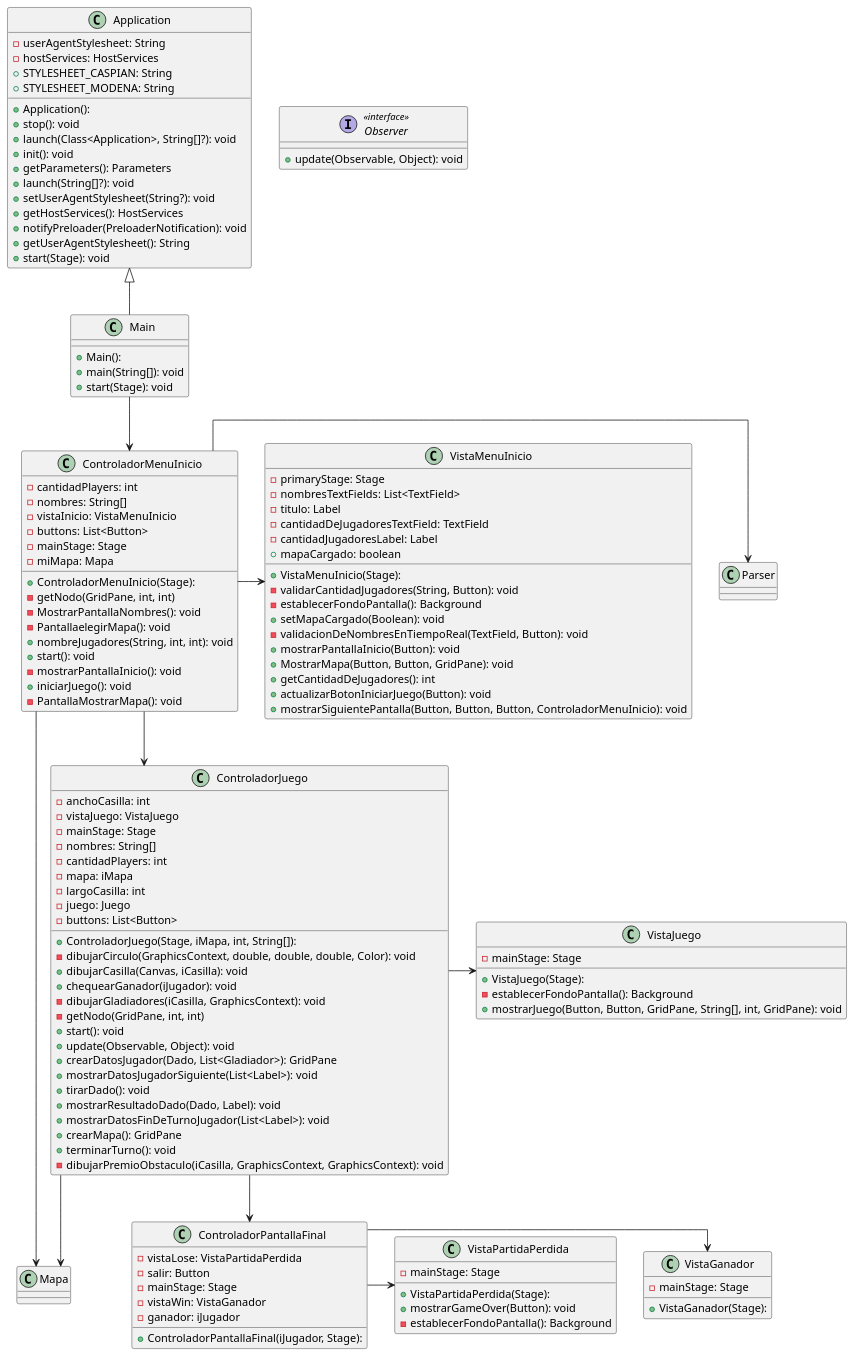
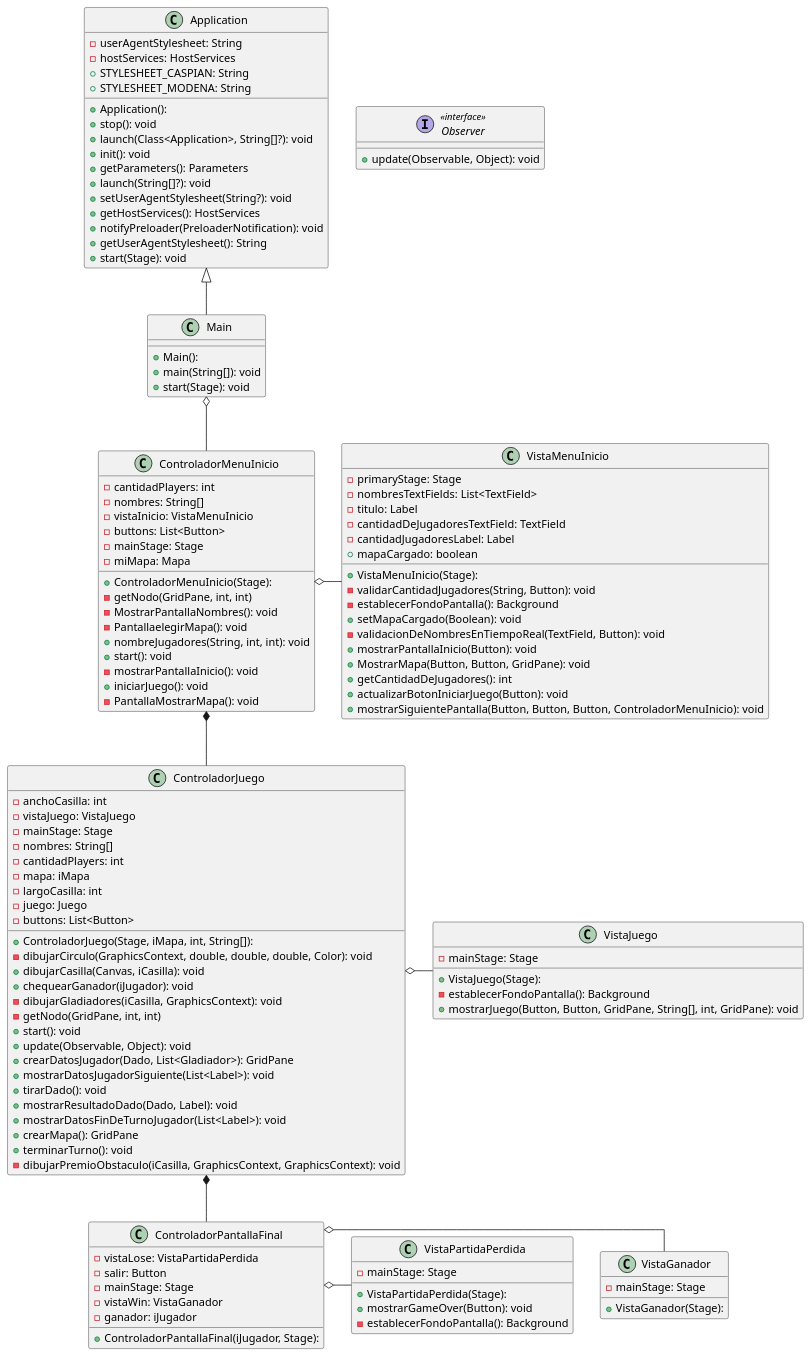
The diagram in diagrams/clases/diagramaControlaroesYVistas.puml (mcumskov/Algo3_tp2), drawn with PlantUML before and after one commit. The commit also changed 7 other files, not shown here.

Commit message:
refactor jugador, edit a diagramas interfaz

```diff
--- a/diagrams/clases/diagramaControlaroesYVistas.puml
+++ b/diagrams/clases/diagramaControlaroesYVistas.puml
@@ -1,139 +1,136 @@
 @startuml
 skinparam linetype ortho
 
 interface Observer << interface >> {
   + update(Observable, Object): void
 }
 
 class ControladorJuego {
   + ControladorJuego(Stage, iMapa, int, String[]):
   - anchoCasilla: int
   - vistaJuego: VistaJuego
   - mainStage: Stage
   - nombres: String[]
   - cantidadPlayers: int
   - mapa: iMapa
   - largoCasilla: int
   - juego: Juego
   - buttons: List<Button>
   - dibujarCirculo(GraphicsContext, double, double, double, Color): void
   + dibujarCasilla(Canvas, iCasilla): void
   + chequearGanador(iJugador): void
   - dibujarGladiadores(iCasilla, GraphicsContext): void
   - getNodo(GridPane, int, int)
   + start(): void
   + update(Observable, Object): void
   + crearDatosJugador(Dado, List<Gladiador>): GridPane
   + mostrarDatosJugadorSiguiente(List<Label>): void
   + tirarDado(): void
   + mostrarResultadoDado(Dado, Label): void
   + mostrarDatosFinDeTurnoJugador(List<Label>): void
   + crearMapa(): GridPane
   + terminarTurno(): void
   - dibujarPremioObstaculo(iCasilla, GraphicsContext, GraphicsContext): void
 }
 
 class ControladorMenuInicio {
   + ControladorMenuInicio(Stage):
   - cantidadPlayers: int
   - nombres: String[]
   - vistaInicio: VistaMenuInicio
   - buttons: List<Button>
   - mainStage: Stage
   - miMapa: Mapa
   - getNodo(GridPane, int, int)
   - MostrarPantallaNombres(): void
   - PantallaelegirMapa(): void
   + nombreJugadores(String, int, int): void
   + start(): void
   - mostrarPantallaInicio(): void
   + iniciarJuego(): void
   - PantallaMostrarMapa(): void
 }
 
 
 class Application {
   + Application():
   - userAgentStylesheet: String
   - hostServices: HostServices
   + STYLESHEET_CASPIAN: String
   + STYLESHEET_MODENA: String
   + stop(): void
   + launch(Class<Application>, String[]?): void
   + init(): void
   + getParameters(): Parameters
   + launch(String[]?): void
   + setUserAgentStylesheet(String?): void
   + getHostServices(): HostServices
   + notifyPreloader(PreloaderNotification): void
   + getUserAgentStylesheet(): String
   + start(Stage): void
 }
 class Main {
   + Main():
   + main(String[]): void
   + start(Stage): void
 }
 
 
 class ControladorPantallaFinal {
   + ControladorPantallaFinal(iJugador, Stage):
   - vistaLose: VistaPartidaPerdida
   - salir: Button
   - mainStage: Stage
   - vistaWin: VistaGanador
   - ganador: iJugador
 }
 
 class VistaMenuInicio {
   + VistaMenuInicio(Stage):
   - primaryStage: Stage
   - nombresTextFields: List<TextField>
   - titulo: Label
   - cantidadDeJugadoresTextField: TextField
   - cantidadJugadoresLabel: Label
   + mapaCargado: boolean
   - validarCantidadJugadores(String, Button): void
   - establecerFondoPantalla(): Background
   + setMapaCargado(Boolean): void
   - validacionDeNombresEnTiempoReal(TextField, Button): void
   + mostrarPantallaInicio(Button): void
   + MostrarMapa(Button, Button, GridPane): void
   + getCantidadDeJugadores(): int
   + actualizarBotonIniciarJuego(Button): void
   + mostrarSiguientePantalla(Button, Button, Button, ControladorMenuInicio): void
 }
 
 class VistaJuego {
   + VistaJuego(Stage):
   - mainStage: Stage
   - establecerFondoPantalla(): Background
   + mostrarJuego(Button, Button, GridPane, String[], int, GridPane): void
 }
 
 class VistaGanador {
   + VistaGanador(Stage):
   - mainStage: Stage
 }
 
 class VistaPartidaPerdida {
   + VistaPartidaPerdida(Stage):
   - mainStage: Stage
   + mostrarGameOver(Button): void
   - establecerFondoPantalla(): Background
 }
 
 
  Application <|-- Main
- Main --> ControladorMenuInicio
- ControladorMenuInicio --> ControladorJuego
- ControladorMenuInicio -> Mapa
- ControladorMenuInicio -> Parser
- ControladorJuego --> ControladorPantallaFinal
- ControladorJuego --> Mapa
- ControladorMenuInicio -> VistaMenuInicio
- ControladorJuego -> VistaJuego
- ControladorPantallaFinal -> VistaGanador
- ControladorPantallaFinal -> VistaPartidaPerdida
+ Main o-- ControladorMenuInicio
+ ControladorMenuInicio *-- ControladorJuego
+ ControladorJuego *-- ControladorPantallaFinal
+ ControladorMenuInicio o- VistaMenuInicio
+ ControladorJuego o- VistaJuego
+ ControladorPantallaFinal o- VistaGanador
+ ControladorPantallaFinal o- VistaPartidaPerdida
 
 @enduml
```
